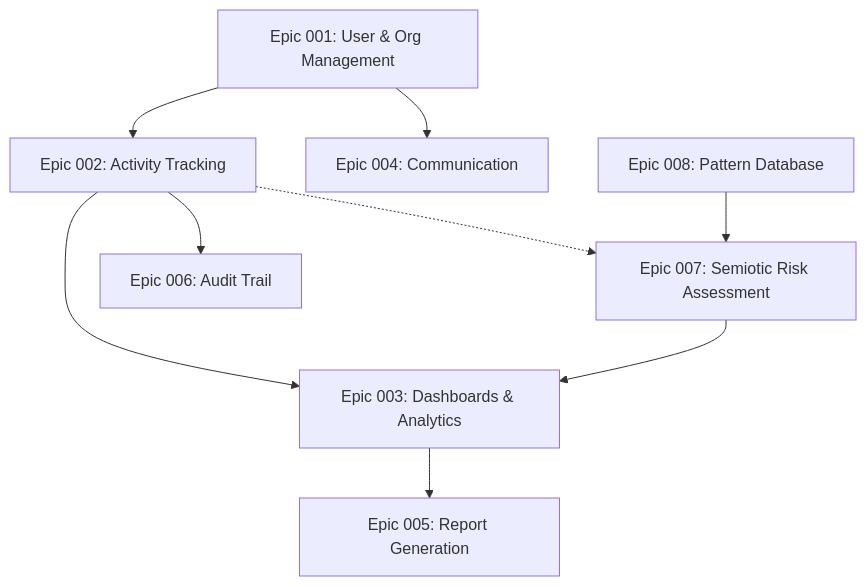
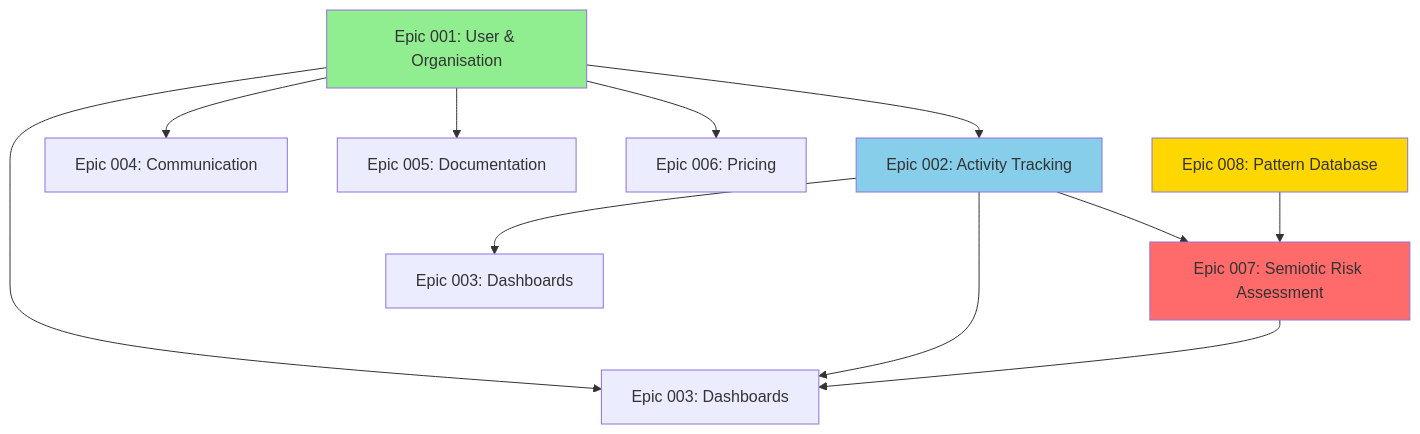
Before and after one commit to jerryagenyi/ccip: the diagram in docs/implementation-roadmap.md, drawn with Mermaid. The commit also changed other lines of this file and 32 other files, not shown here.

````diff
--- a/docs/implementation-roadmap.md
+++ b/docs/implementation-roadmap.md
@@ -160,13 +26,20 @@
 ```mermaid
 graph TD
-    A[Epic 001: User & Org Management] --> B[Epic 002: Activity Tracking]
+    A[Epic 001: User & Organisation] --> B[Epic 002: Activity Tracking]
     A --> C[Epic 004: Communication]
-    B --> D[Epic 003: Dashboards & Analytics]
-    B --> E[Epic 006: Audit Trail]
-    D --> F[Epic 005: Report Generation]
-
-    G[Epic 008: Pattern Database] --> H[Epic 007: Semiotic Risk Assessment]
-
-    B -.-> H
-    H --> D
+    A --> D[Epic 003: Dashboards]
+    A --> E[Epic 005: Documentation]
+    A --> F[Epic 006: Pricing]
+    
+    B --> D
+    B --> G[Epic 007: Semiotic Risk Assessment]
+    B --> H[Epic 003: Dashboards]
+    
+    I[Epic 008: Pattern Database] --> G
+    G --> D
+    
+    style A fill:#90EE90
+    style I fill:#FFD700
+    style G fill:#FF6B6B
+    style B fill:#87CEEB
 ```
````
